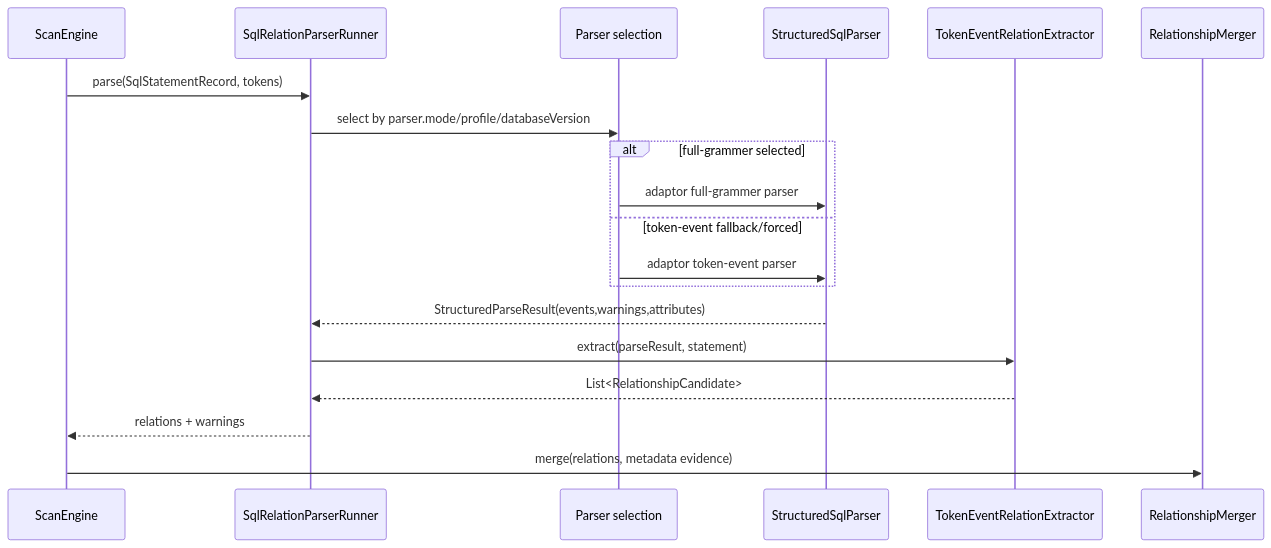
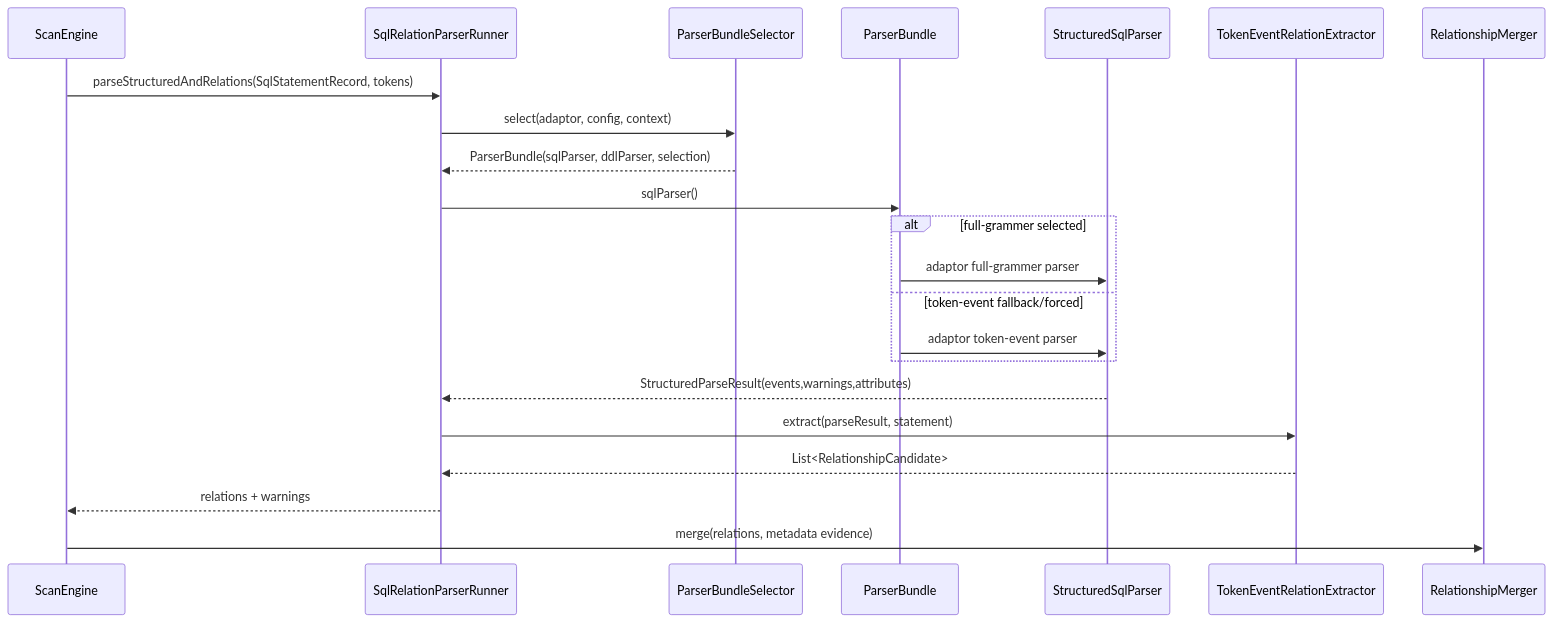
One commit to xiaoguang/relation-detector changed the third of 7 diagrams in docs/design/relation-detector/phase-06-parser-enhancement.md. Above: the diagram before and after it, drawn with Mermaid. The commit also changed other lines of this file and 26 other files, not shown here.

````diff
--- a/docs/design/relation-detector/phase-06-parser-enhancement.md
+++ b/docs/design/relation-detector/phase-06-parser-enhancement.md
@@ -286,22 +285,25 @@
 ```mermaid
 sequenceDiagram
   participant SE as ScanEngine
   participant SR as SqlRelationParserRunner
-  participant PS as Parser selection
+  participant PBS as ParserBundleSelector
+  participant PB as ParserBundle
   participant SP as StructuredSqlParser
   participant RE as TokenEventRelationExtractor
   participant RM as RelationshipMerger
 
-  SE->>SR: parse(SqlStatementRecord, tokens)
-  SR->>PS: select by parser.mode/profile/databaseVersion
+  SE->>SR: parseStructuredAndRelations(SqlStatementRecord, tokens)
+  SR->>PBS: select(adaptor, config, context)
+  PBS-->>SR: ParserBundle(sqlParser, ddlParser, selection)
+  SR->>PB: sqlParser()
   alt full-grammer selected
-    PS->>SP: adaptor full-grammer parser
+    PB->>SP: adaptor full-grammer parser
   else token-event fallback/forced
-    PS->>SP: adaptor token-event parser
+    PB->>SP: adaptor token-event parser
   end
   SP-->>SR: StructuredParseResult(events,warnings,attributes)
   SR->>RE: extract(parseResult, statement)
   RE-->>SR: List<RelationshipCandidate>
   SR-->>SE: relations + warnings
   SE->>RM: merge(relations, metadata evidence)
 ```
````
